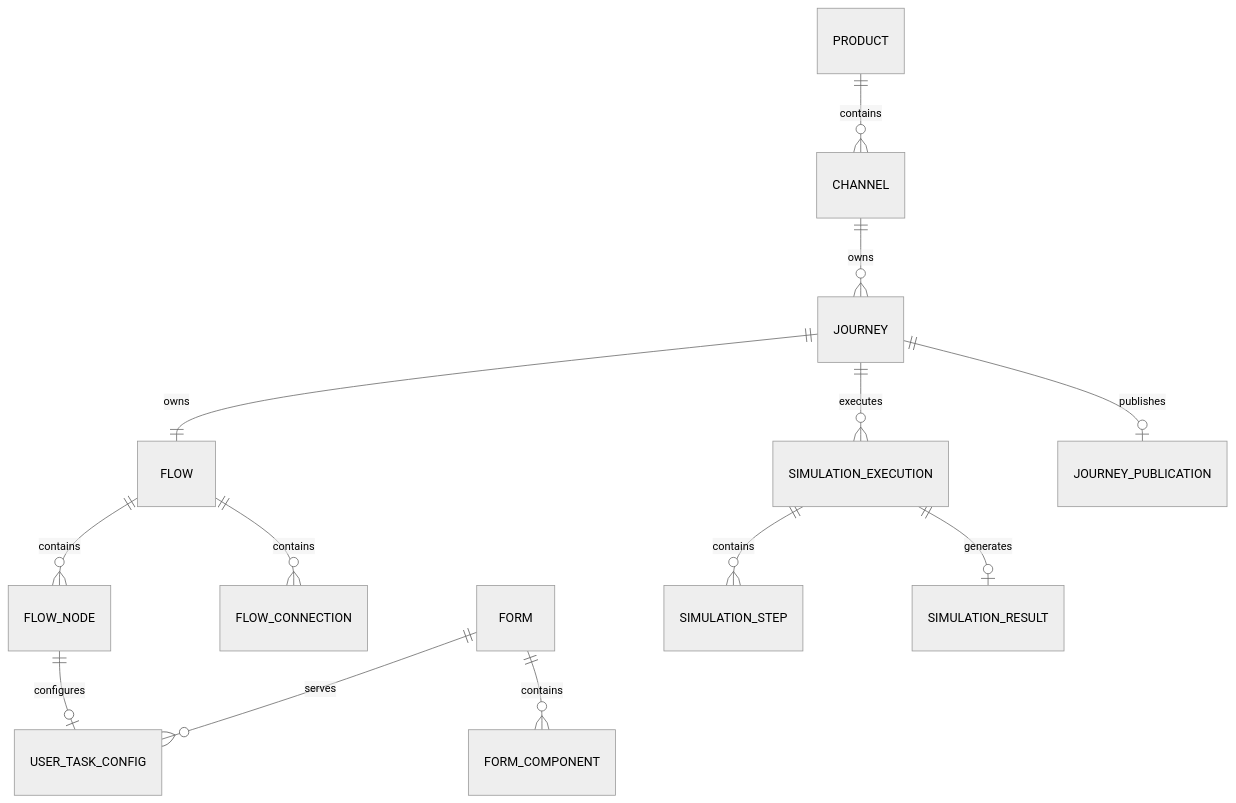
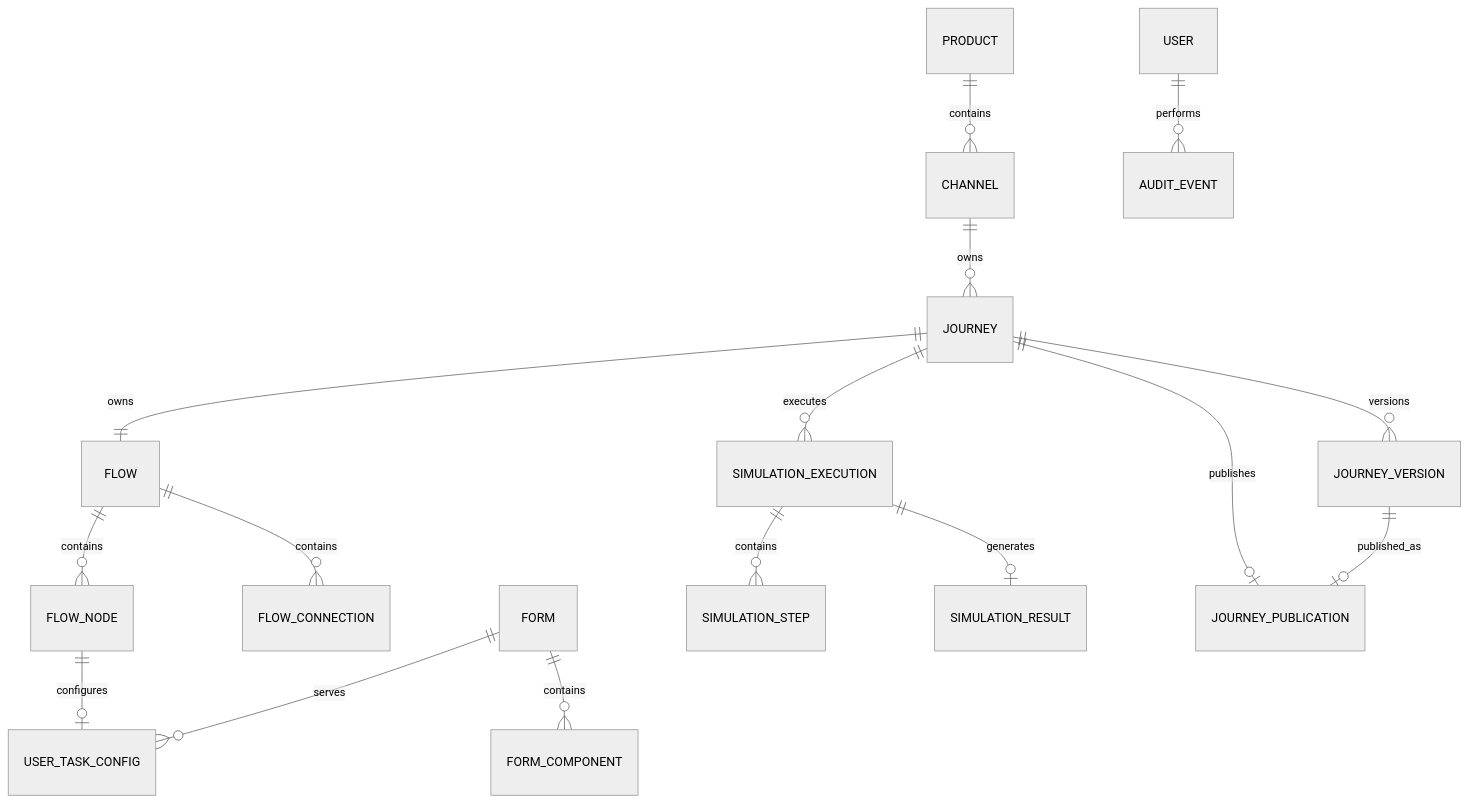
One commit to hermesnet-git/journey-admin changed the fourth of 4 diagrams in requisitos/admin/ej-admin-modelo-dados-conceitual.md. Above: the diagram before and after it, drawn with Mermaid (neutral theme). The commit also changed other lines of this file and 7 other files, not shown here.

````diff
--- a/requisitos/admin/ej-admin-modelo-dados-conceitual.md
+++ b/requisitos/admin/ej-admin-modelo-dados-conceitual.md
@@ -324,19 +336,22 @@
 ```mermaid
 erDiagram
     PRODUCT ||--o{ CHANNEL : contains
     CHANNEL ||--o{ JOURNEY : owns
 
     JOURNEY ||--|| FLOW : owns
     FLOW ||--o{ FLOW_NODE : contains
     FLOW ||--o{ FLOW_CONNECTION : contains
 
     FLOW_NODE ||--o| USER_TASK_CONFIG : configures
     FORM ||--o{ USER_TASK_CONFIG : serves
     FORM ||--o{ FORM_COMPONENT : contains
 
     JOURNEY ||--o{ SIMULATION_EXECUTION : executes
     SIMULATION_EXECUTION ||--o{ SIMULATION_STEP : contains
     SIMULATION_EXECUTION ||--o| SIMULATION_RESULT : generates
 
     JOURNEY ||--o| JOURNEY_PUBLICATION : publishes
+    JOURNEY ||--o{ JOURNEY_VERSION : versions
+    JOURNEY_VERSION ||--o| JOURNEY_PUBLICATION : published_as
+    USER ||--o{ AUDIT_EVENT : performs
 ```
````
